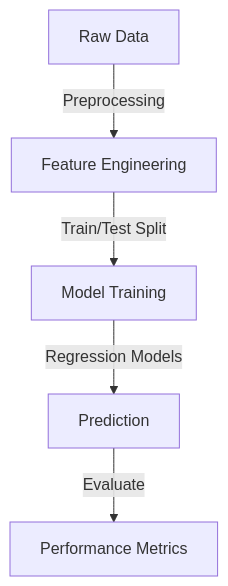
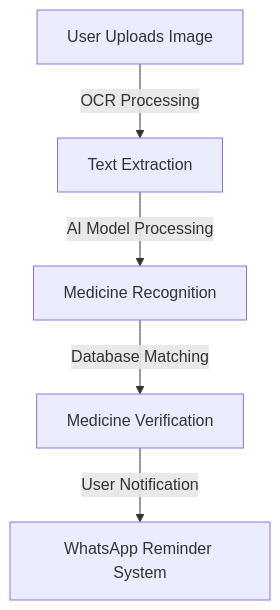
Before and after one commit to War-rack/House-price-prediction-model: the first of 3 diagrams in README.md, drawn with Mermaid. The commit also changed other lines of this file, not shown here.

````diff
--- a/README.md
+++ b/README.md
@@ -12,7 +26,7 @@
 ```mermaid
 graph TD;
-    A[Raw Data] -->|Preprocessing| B[Feature Engineering];
-    B -->|Train/Test Split| C[Model Training];
-    C -->|Regression Models| D[Prediction];
-    D -->|Evaluate| E[Performance Metrics];
+    A[User Uploads Image] -->|OCR Processing| B[Text Extraction];
+    B -->|AI Model Processing| C[Medicine Recognition];
+    C -->|Database Matching| D[Medicine Verification];
+    D -->|User Notification| E[WhatsApp Reminder System];
 ```
````
